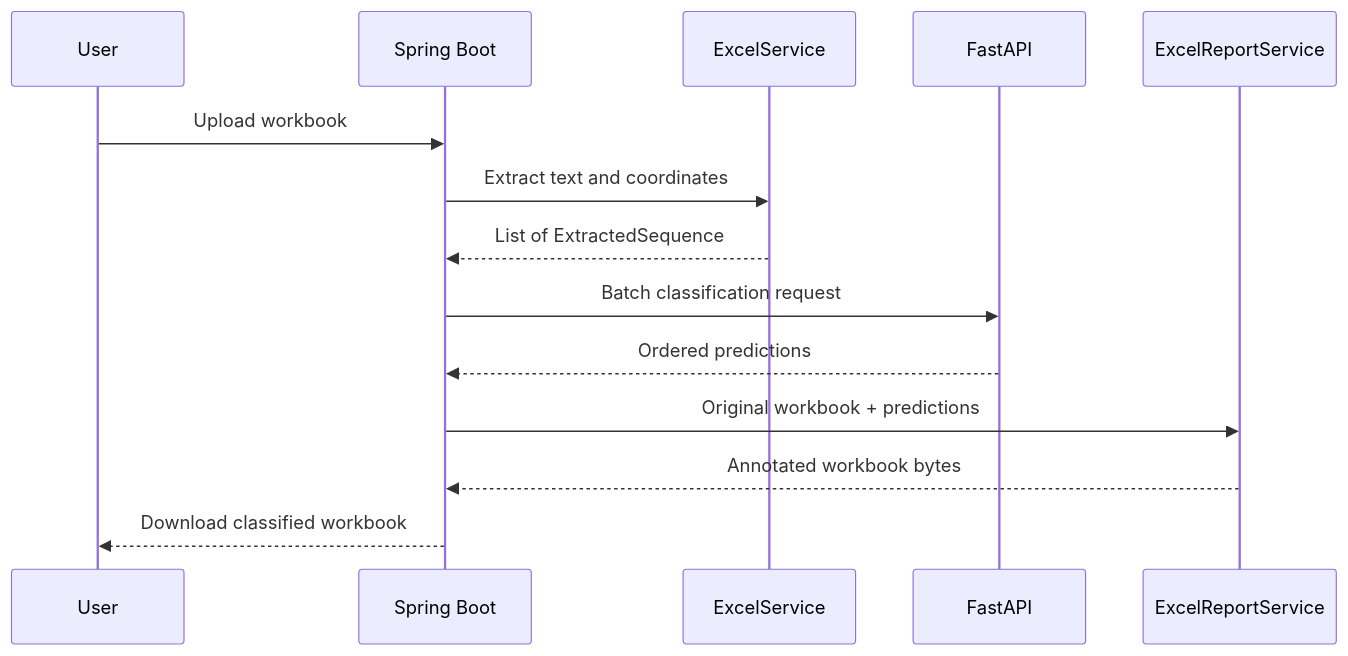
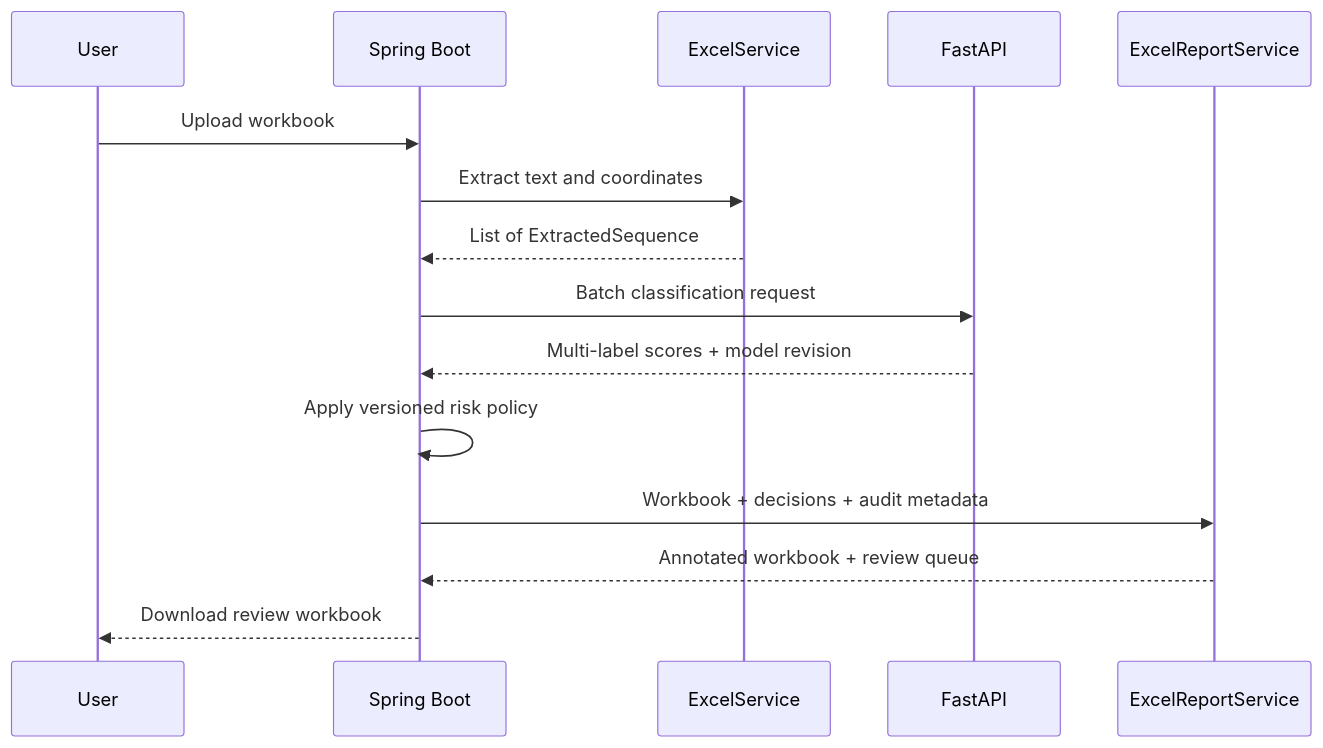
One commit to S-SuryaPrakash/FanityPro changed the fifth of 5 diagrams in README.md. Above: the diagram before and after it, drawn with Mermaid. The commit also changed other lines of this file and 26 other files, not shown here.

````diff
--- a/README.md
+++ b/README.md
@@ -974,17 +1163,18 @@
 ```mermaid
 sequenceDiagram
     participant User
     participant API as Spring Boot
     participant Excel as ExcelService
     participant Model as FastAPI
     participant Report as ExcelReportService
 
     User->>API: Upload workbook
     API->>Excel: Extract text and coordinates
     Excel-->>API: List of ExtractedSequence
     API->>Model: Batch classification request
-    Model-->>API: Ordered predictions
-    API->>Report: Original workbook + predictions
-    Report-->>API: Annotated workbook bytes
-    API-->>User: Download classified workbook
+    Model-->>API: Multi-label scores + model revision
+    API->>API: Apply versioned risk policy
+    API->>Report: Workbook + decisions + audit metadata
+    Report-->>API: Annotated workbook + review queue
+    API-->>User: Download review workbook
 ```
````
